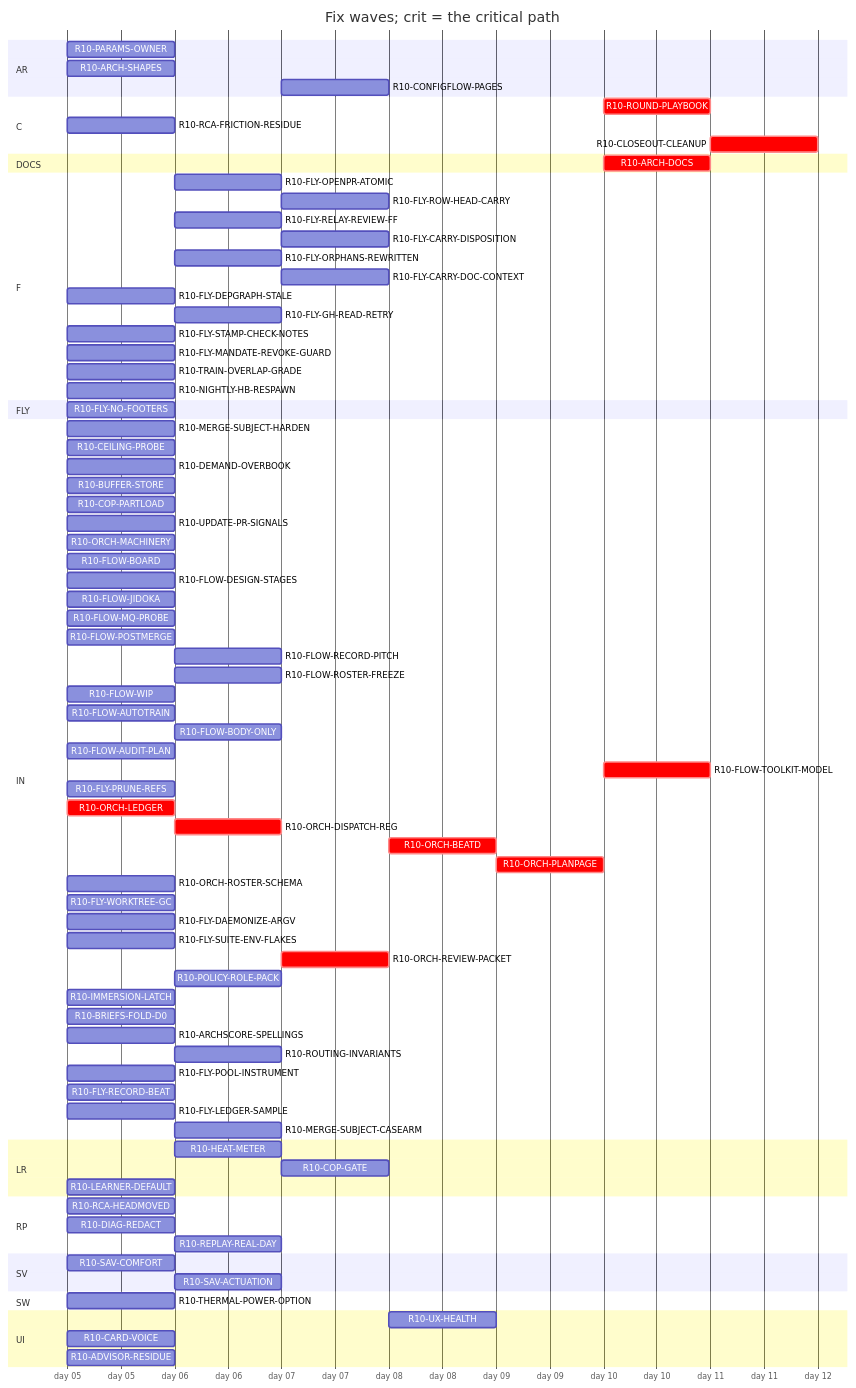
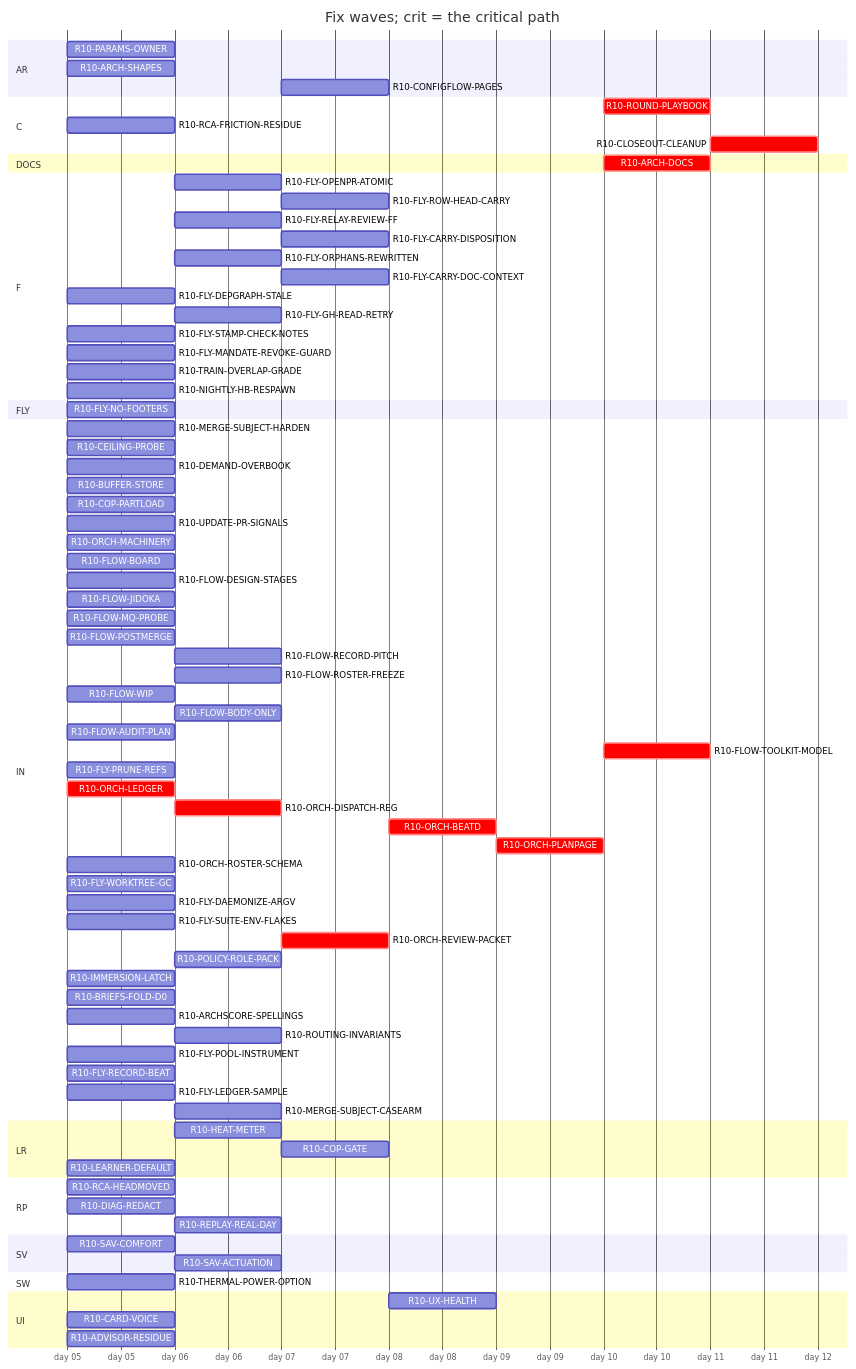
The diagram in handoff/round10/state/PLAN-TABLE.md (tvofi/heatpump_optimizer), drawn with Mermaid before and after one commit. The commit also changed other lines of this file and 2 other files, not shown here.

```diff
--- a/handoff/round10/state/PLAN-TABLE.md
+++ b/handoff/round10/state/PLAN-TABLE.md
@@ -31,11 +31,11 @@
     R10-ARCH-SHAPES :r10ARCHSHAPES, 2026-01-05, 1d
     R10-CONFIGFLOW-PAGES :r10CONFIGFLOWPAGES, after r10HEATMETER, 1d
   section C
-    R10-ROUND-PLAYBOOK :crit, r10ROUNDPLAYBOOK, after r10FLOWAUDITPLAN r10ORCHLEDGER r10ORCHDISPATCHREG r10ORCHBEATD r10ORCHPLANPAGE r10FLOWAUTOTRAIN r10FLYRELAYREVIEWFF r10FLOWROSTERFREEZE r10FLOWBODYONLY r10ARCHDOCS, 1d
+    R10-ROUND-PLAYBOOK :crit, r10ROUNDPLAYBOOK, after r10FLOWAUDITPLAN r10ORCHLEDGER r10ORCHDISPATCHREG r10ORCHBEATD r10ORCHPLANPAGE r10FLYRELAYREVIEWFF r10FLOWROSTERFREEZE r10FLOWBODYONLY r10ARCHDOCS, 1d
     R10-RCA-FRICTION-RESIDUE :r10RCAFRICTIONRESIDUE, 2026-01-05, 1d
     R10-CLOSEOUT-CLEANUP :crit, r10CLOSEOUTCLEANUP, after r10FLYPRUNEREFS r10FLYWORKTREEGC r10ARCHDOCS r10ROUNDPLAYBOOK, 1d
   section DOCS
-    R10-ARCH-DOCS :crit, r10ARCHDOCS, after r10PARAMSOWNER r10ARCHSHAPES r10HEATMETER r10COPGATE r10UXHEALTH r10CONFIGFLOWPAGES r10RCAHEADMOVED r10SAVCOMFORT r10MERGESUBJECTHARDEN r10CEILINGPROBE r10DEMANDOVERBOOK r10BUFFERSTORE r10COPPARTLOAD r10UPDATEPRSIGNALS r10CARDVOICE r10THERMALPOWEROPTION r10LEARNERDEFAULT r10FLOWBOARD r10FLOWDESIGNSTAGES r10FLOWJIDOKA r10FLOWMQPROBE r10FLOWPOSTMERGE r10FLOWRECORDPITCH r10FLOWROSTERFREEZE r10FLOWWIP r10FLOWAUTOTRAIN r10FLOWBODYONLY r10FLYOPENPRATOMIC r10FLYROWHEADCARRY r10FLOWAUDITPLAN r10FLYRELAYREVIEWFF r10FLYCARRYDISPOSITION r10FLYORPHANSREWRITTEN r10FLYCARRYDOCCONTEXT r10FLYDEPGRAPHSTALE r10FLOWTOOLKITMODEL r10FLYSTAMPCHECKNOTES r10FLYMANDATEREVOKEGUARD r10RCAFRICTIONRESIDUE r10TRAINOVERLAPGRADE r10NIGHTLYHBRESPAWN r10FLYPRUNEREFS r10ORCHLEDGER r10ORCHDISPATCHREG r10ORCHBEATD r10ORCHPLANPAGE r10ORCHROSTERSCHEMA r10FLYWORKTREEGC r10FLYDAEMONIZEARGV r10ORCHREVIEWPACKET r10POLICYROLEPACK r10IMMERSIONLATCH r10DIAGREDACT r10ADVISORRESIDUE r10BRIEFSFOLDD0 r10REPLAYREALDAY r10ARCHSCORESPELLINGS r10SAVACTUATION r10FLYLEDGERSAMPLE, 1d
+    R10-ARCH-DOCS :crit, r10ARCHDOCS, after r10PARAMSOWNER r10ARCHSHAPES r10HEATMETER r10COPGATE r10UXHEALTH r10CONFIGFLOWPAGES r10RCAHEADMOVED r10SAVCOMFORT r10MERGESUBJECTHARDEN r10CEILINGPROBE r10DEMANDOVERBOOK r10BUFFERSTORE r10COPPARTLOAD r10UPDATEPRSIGNALS r10CARDVOICE r10THERMALPOWEROPTION r10LEARNERDEFAULT r10FLOWBOARD r10FLOWDESIGNSTAGES r10FLOWJIDOKA r10FLOWMQPROBE r10FLOWPOSTMERGE r10FLOWRECORDPITCH r10FLOWROSTERFREEZE r10FLOWWIP r10FLOWBODYONLY r10FLYOPENPRATOMIC r10FLYROWHEADCARRY r10FLOWAUDITPLAN r10FLYRELAYREVIEWFF r10FLYCARRYDISPOSITION r10FLYORPHANSREWRITTEN r10FLYCARRYDOCCONTEXT r10FLYDEPGRAPHSTALE r10FLOWTOOLKITMODEL r10FLYSTAMPCHECKNOTES r10FLYMANDATEREVOKEGUARD r10RCAFRICTIONRESIDUE r10TRAINOVERLAPGRADE r10NIGHTLYHBRESPAWN r10FLYPRUNEREFS r10ORCHLEDGER r10ORCHDISPATCHREG r10ORCHBEATD r10ORCHPLANPAGE r10ORCHROSTERSCHEMA r10FLYWORKTREEGC r10FLYDAEMONIZEARGV r10ORCHREVIEWPACKET r10POLICYROLEPACK r10IMMERSIONLATCH r10DIAGREDACT r10ADVISORRESIDUE r10BRIEFSFOLDD0 r10REPLAYREALDAY r10ARCHSCORESPELLINGS r10SAVACTUATION r10FLYLEDGERSAMPLE, 1d
   section F
     R10-FLY-OPENPR-ATOMIC :r10FLYOPENPRATOMIC, after r10UPDATEPRSIGNALS, 1d
     R10-FLY-ROW-HEAD-CARRY :r10FLYROWHEADCARRY, after r10FLYOPENPRATOMIC r10FLOWMQPROBE, 1d
@@ -67,7 +67,6 @@
     R10-FLOW-RECORD-PITCH :r10FLOWRECORDPITCH, after r10FLOWMQPROBE, 1d
     R10-FLOW-ROSTER-FREEZE :r10FLOWROSTERFREEZE, after r10UPDATEPRSIGNALS, 1d
     R10-FLOW-WIP :r10FLOWWIP, 2026-01-05, 1d
-    R10-FLOW-AUTOTRAIN :r10FLOWAUTOTRAIN, 2026-01-05, 1d
     R10-FLOW-BODY-ONLY :r10FLOWBODYONLY, after r10UPDATEPRSIGNALS, 1d
     R10-FLOW-AUDIT-PLAN :r10FLOWAUDITPLAN, 2026-01-05, 1d
     R10-FLOW-TOOLKIT-MODEL :crit, r10FLOWTOOLKITMODEL, after r10ORCHPLANPAGE, 1d
```
